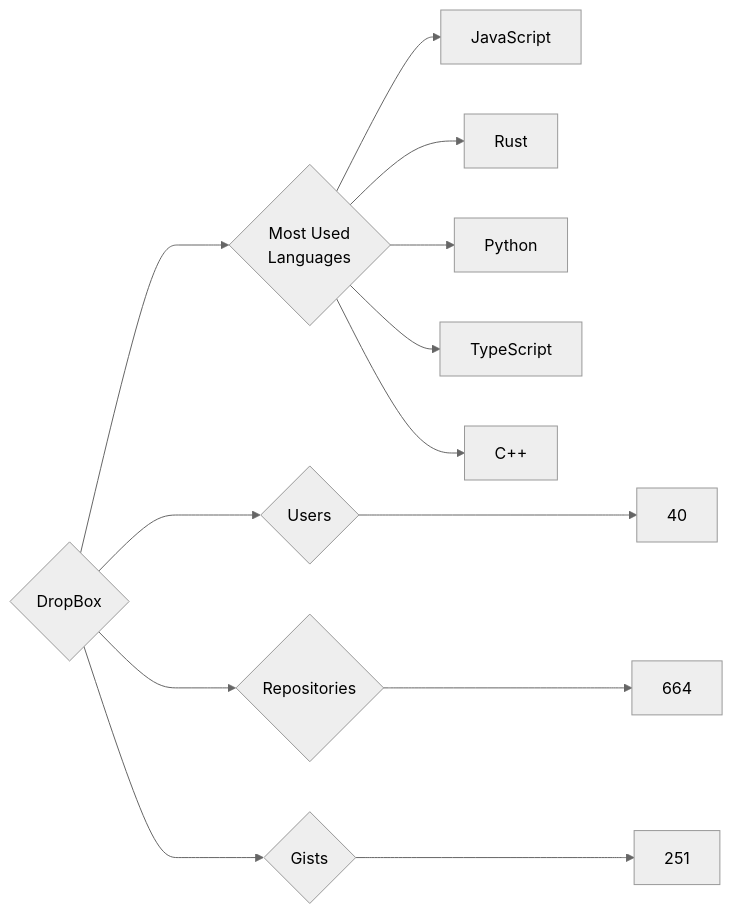
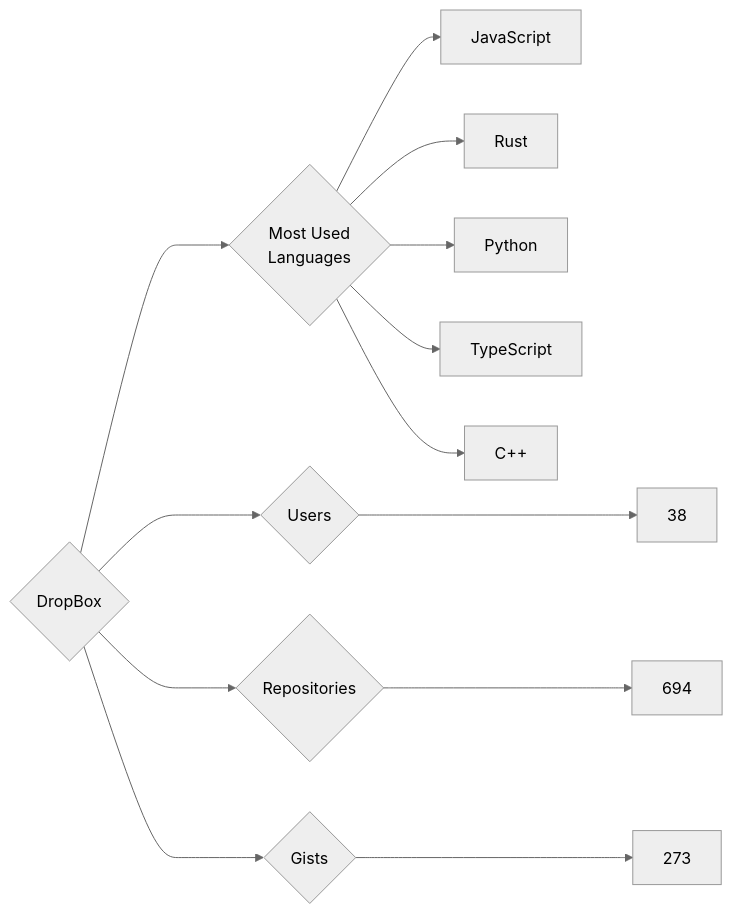
Before and after one commit to trickest/insiders: the diagram in targets/DropBox/README.md, drawn with Mermaid (neutral theme). The commit also changed 636 other files, not shown here.

````diff
--- a/targets/DropBox/README.md
+++ b/targets/DropBox/README.md
@@ -3,13 +3,13 @@
 ```mermaid
 graph LR
 COMPANY_NAME{DropBox}
-COMPANY_NAME ---> U{Users} ---> UN[40]
-COMPANY_NAME ---> R{Repositories} ---> RN[664]
-COMPANY_NAME ---> G{Gists} ---> GN[251]
+COMPANY_NAME ---> U{Users} ---> UN[38]
+COMPANY_NAME ---> R{Repositories} ---> RN[694]
+COMPANY_NAME ---> G{Gists} ---> GN[273]
 COMPANY_NAME ---> ML{Most Used<br>Languages}
 ML --> JavaScript[JavaScript]
 ML --> Rust[Rust]
 ML --> Python[Python]
 ML --> TypeScript[TypeScript]
 ML --> C++[C++]
 ```
````
